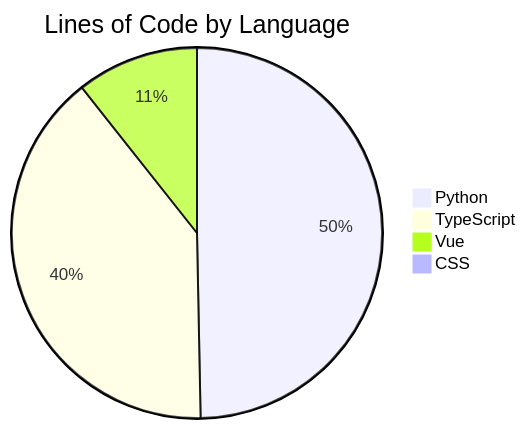
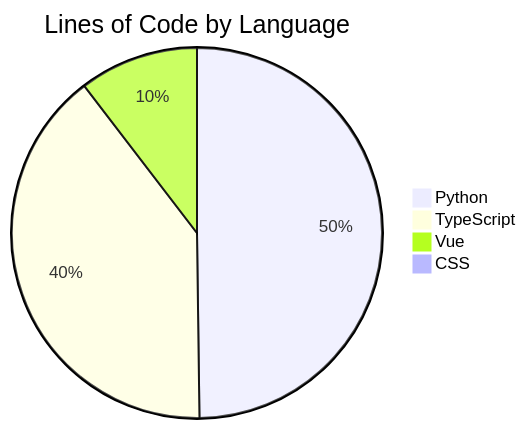
Before and after one commit to ISW-stack/AI3L-Community: the diagram in README.md, drawn with Mermaid. The commit also changed other lines of this file and 1 other file, not shown here.

````diff
--- a/README.md
+++ b/README.md
@@ -368,7 +368,7 @@
 ```mermaid
 pie title Lines of Code by Language
-    "Python" : 111765
-    "TypeScript" : 89185
-    "Vue" : 23981
+    "Python" : 115091
+    "TypeScript" : 92013
+    "Vue" : 24063
     "CSS" : 127
 ```
````
